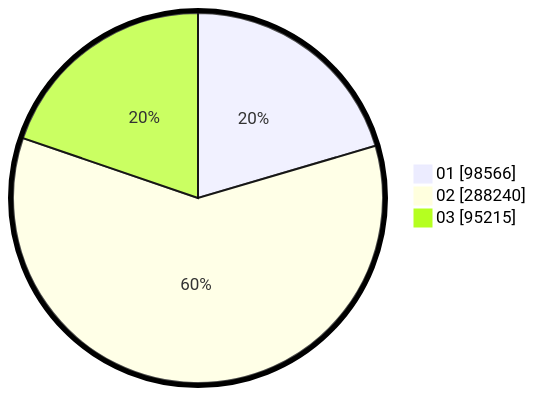
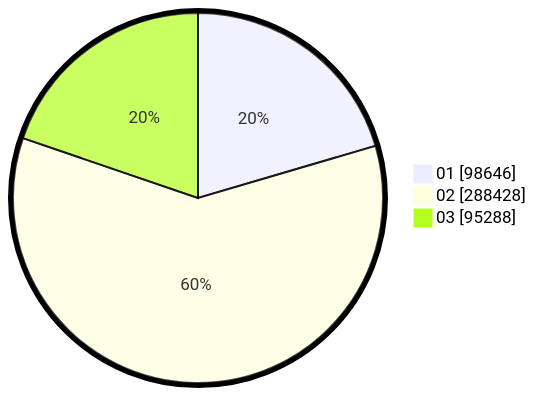
The second of 2 diagrams in pilpres/hitung-suara/sub/table-wilayah-99.md (gigit-pemilu/pemilu-2024), drawn with Mermaid before and after one commit. The commit also changed other lines of this file and 4 other files, not shown here.

````diff
--- a/pilpres/hitung-suara/sub/table-wilayah-99.md
+++ b/pilpres/hitung-suara/sub/table-wilayah-99.md
@@ -15,7 +15,7 @@
 ```mermaid
 %%{init: {"pie": {"textPosition": 0.5}, "themeVariables": {"pieOuterStrokeWidth": "5px"}} }%%
 pie showData
-    "01" : 98566
-    "02" : 288240
-    "03" : 95215
+    "01" : 98646
+    "02" : 288428
+    "03" : 95288
 ```
````
